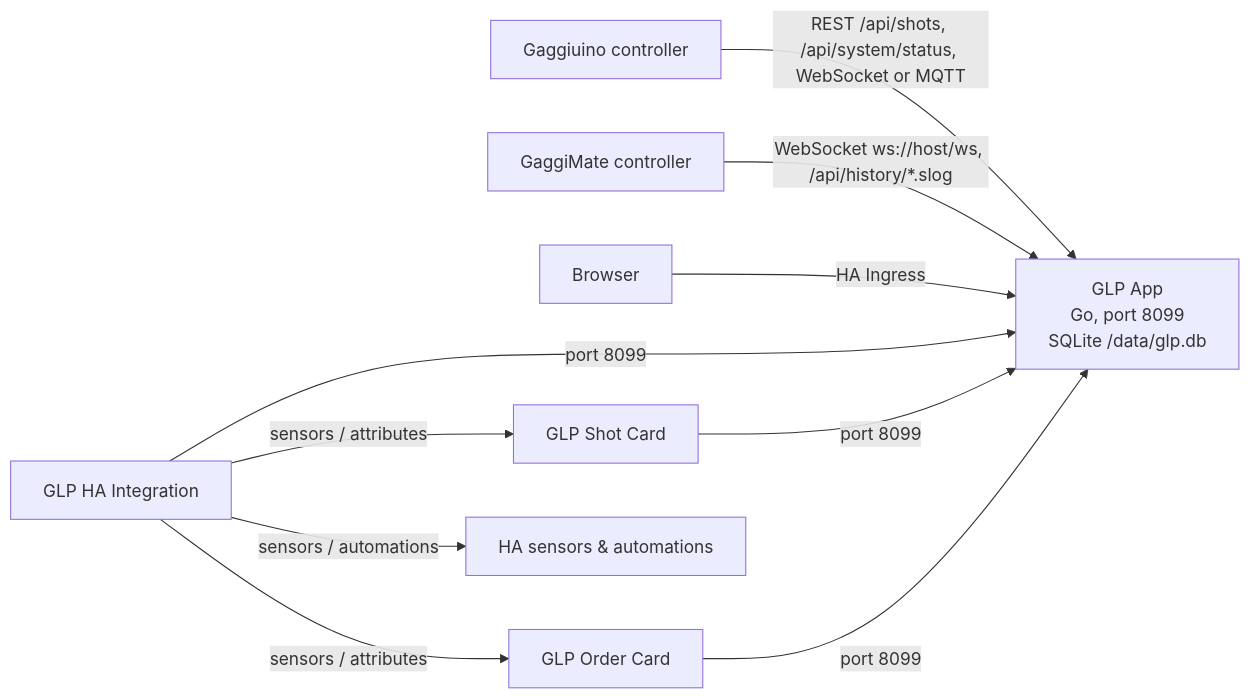
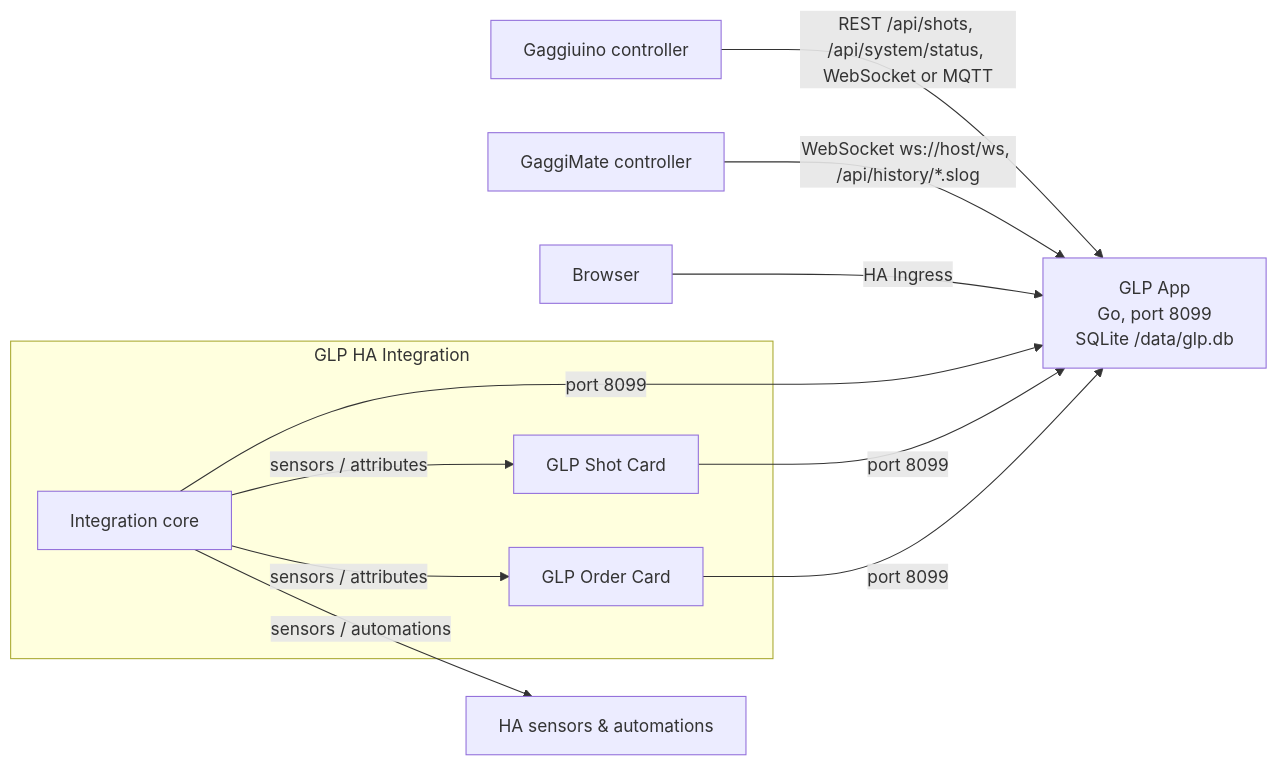
The first of 2 diagrams in README.md (mxkissnr/gaggiuino-local-profiler), drawn with Mermaid before and after one commit. The commit also changed other lines of this file and 3 other files, not shown here.

First line of the commit message:
docs: present Shot Card and Order Card as part of GLP Integration

````diff
--- a/README.md
+++ b/README.md
@@ -234,20 +232,22 @@
 ```mermaid
 flowchart LR
   GGU["Gaggiuino controller"]
   GM["GaggiMate controller"]
   APP["GLP App<br/>Go, port 8099<br/>SQLite /data/glp.db"]
   BR["Browser"]
-  INT["GLP HA Integration"]
-  SC["GLP Shot Card"]
-  OC["GLP Order Card"]
   HA["HA sensors & automations"]
+  subgraph INTG["GLP HA Integration"]
+    INT["Integration core"]
+    SC["GLP Shot Card"]
+    OC["GLP Order Card"]
+  end
   GGU -->|"REST /api/shots, /api/system/status, WebSocket or MQTT"| APP
   GM -->|"WebSocket ws://host/ws, /api/history/*.slog"| APP
   BR -->|"HA Ingress"| APP
   INT -->|"port 8099"| APP
   INT -->|"sensors / attributes"| SC
   INT -->|"sensors / attributes"| OC
   SC -->|"port 8099"| APP
   OC -->|"port 8099"| APP
   INT -->|"sensors / automations"| HA
 ```
````
